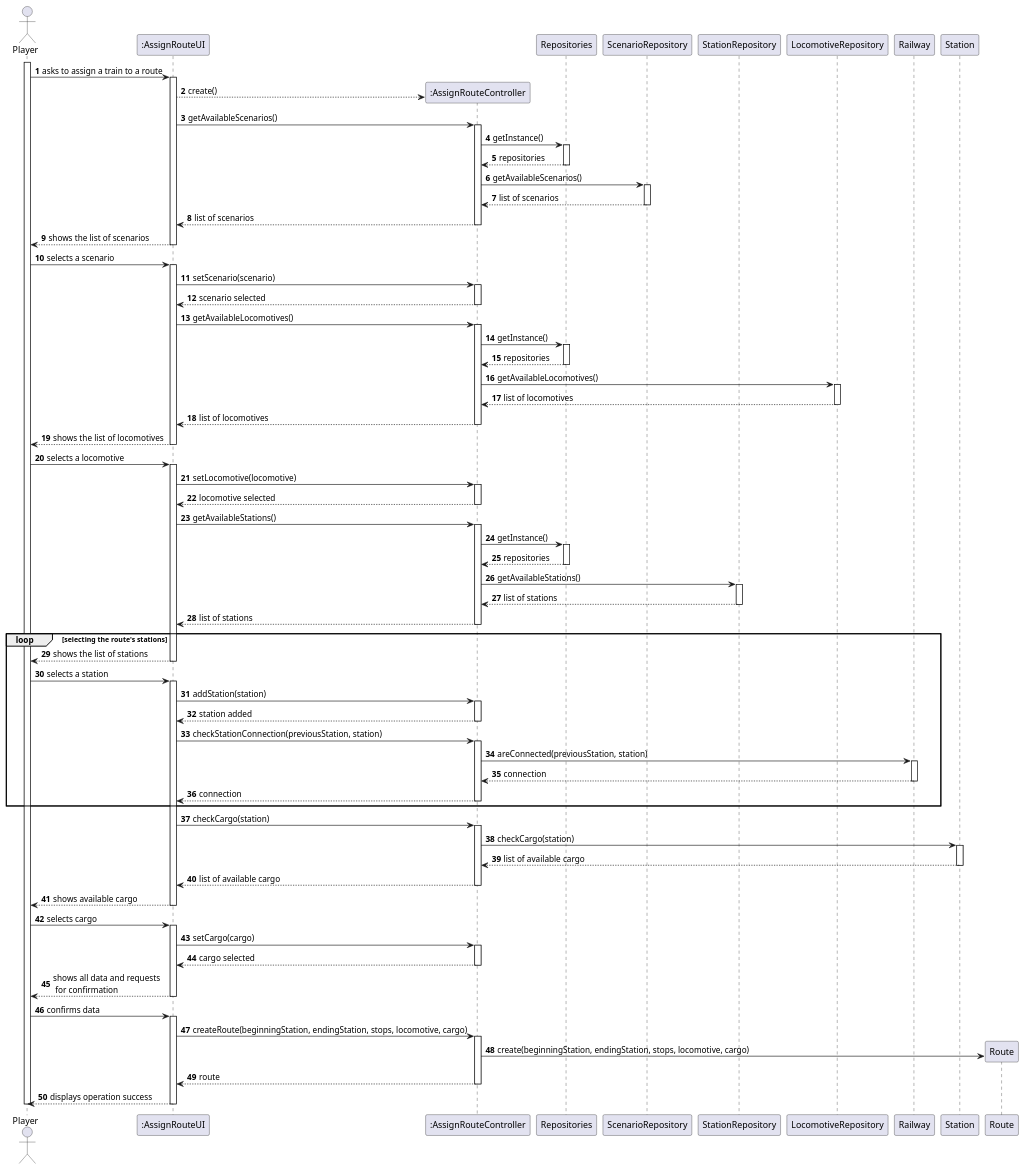
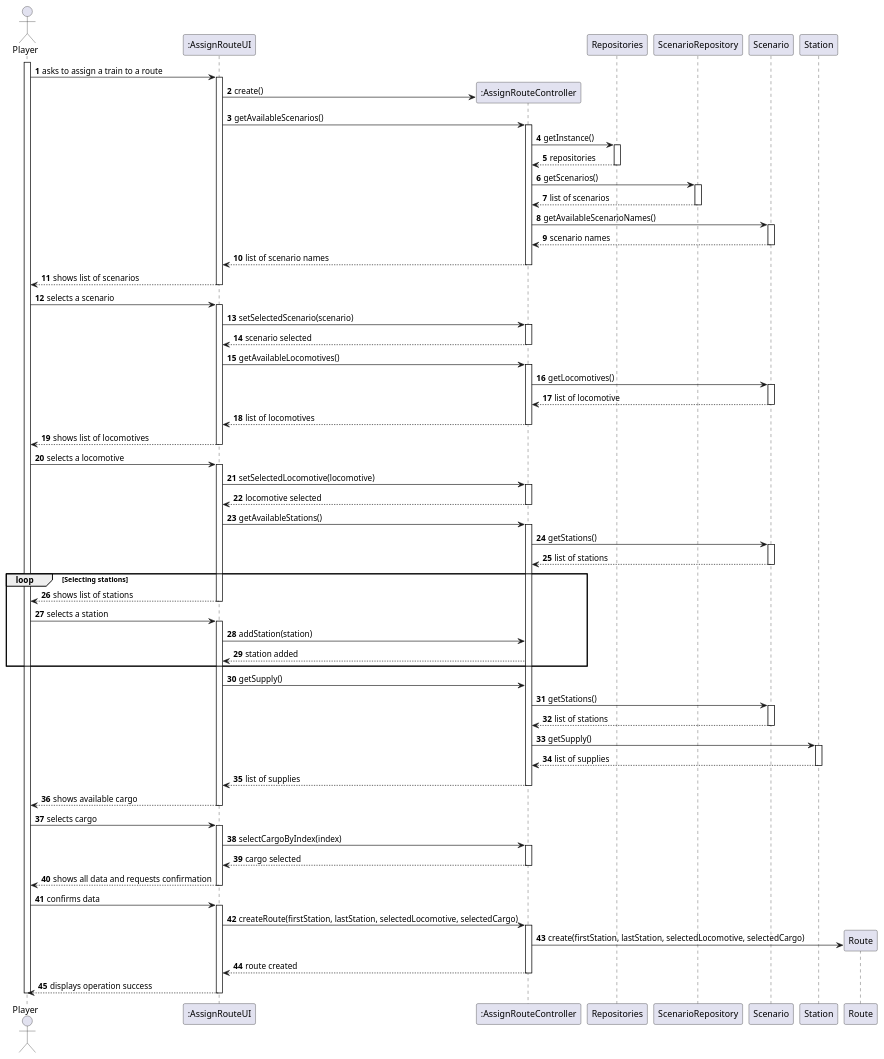
Before and after one commit to 1240935/pi2-railway-simulator: the diagram in Sprint2/US010/03.design/puml/US010-SD-full.puml, drawn with PlantUML. The commit also changed 7 other files, not shown here.

```diff
--- a/Sprint2/US010/03.design/puml/US010-SD-full.puml
+++ b/Sprint2/US010/03.design/puml/US010-SD-full.puml
@@ -1,184 +1,139 @@
 @startuml
-'skinparam monochrome true
 skinparam packageStyle rectangle
 skinparam shadowing false
-
 autonumber
 
- actor "Player" as PLAYER
-    participant ":AssignRouteUI" as UI
-    participant ":AssignRouteController" as CTRL
-    participant "Repositories" as REPOS
-    participant "ScenarioRepository" as SREPOS
-    participant "StationRepository" as STREPOS
-    participant "LocomotiveRepository" as LOCREPOS
-    participant "Railway" as RAILWAY
-    participant "Station" as STATION
-    participant "Route" as ROUTE
+actor "Player" as PLAYER
+participant ":AssignRouteUI" as UI
+participant ":AssignRouteController" as CTRL
+participant "Repositories" as REPOS
+participant "ScenarioRepository" as SREPOS
+participant "Scenario" as SCENARIO
+participant "Station" as STATION
+participant "Route" as ROUTE
 
-    activate PLAYER
+activate PLAYER
 
-    PLAYER -> UI : asks to assign a train to a route
+PLAYER -> UI : asks to assign a train to a route
+activate UI
+
+UI -> CTRL** : create()
+
+UI -> CTRL : getAvailableScenarios()
+activate CTRL
+
+CTRL -> REPOS : getInstance()
+activate REPOS
+REPOS --> CTRL : repositories
+deactivate REPOS
+
+CTRL -> SREPOS : getScenarios()
+activate SREPOS
+SREPOS --> CTRL : list of scenarios
+deactivate SREPOS
+
+CTRL -> SCENARIO : getAvailableScenarioNames()
+activate SCENARIO
+
+SCENARIO --> CTRL: scenario names
+deactivate SCENARIO
+CTRL --> UI : list of scenario names
+deactivate CTRL
+
+UI --> PLAYER : shows list of scenarios
+deactivate UI
+
+PLAYER -> UI : selects a scenario
+activate UI
+UI -> CTRL : setSelectedScenario(scenario)
+activate CTRL
+CTRL --> UI : scenario selected
+deactivate CTRL
+
+UI -> CTRL : getAvailableLocomotives()
+activate CTRL
+CTRL -> SCENARIO : getLocomotives()
+activate SCENARIO
+
+SCENARIO --> CTRL: list of locomotive
+deactivate SCENARIO
+CTRL --> UI : list of locomotives
+deactivate CTRL
+
+UI --> PLAYER : shows list of locomotives
+deactivate UI
+
+PLAYER -> UI : selects a locomotive
+activate UI
+UI -> CTRL : setSelectedLocomotive(locomotive)
+activate CTRL
+CTRL --> UI : locomotive selected
+deactivate CTRL
+
+UI -> CTRL : getAvailableStations()
+activate CTRL
+
+CTRL -> SCENARIO : getStations()
+
+activate SCENARIO
+
+SCENARIO --> CTRL: list of stations
+deactivate SCENARIO
+
+loop Selecting stations
+    UI --> PLAYER : shows list of stations
+    deactivate UI
+
+    PLAYER -> UI : selects a station
     activate UI
 
-    UI --> CTRL** : create()
+    UI -> CTRL : addStation(station)
 
-    UI -> CTRL : getAvailableScenarios()
-    activate CTRL
+    CTRL --> UI : station added
+end loop
 
-    CTRL -> REPOS : getInstance()
-    activate REPOS
+UI -> CTRL : getSupply()
 
-    REPOS --> CTRL: repositories
+CTRL -> SCENARIO : getStations()
 
-    deactivate REPOS
+activate SCENARIO
 
-    CTRL -> SREPOS : getAvailableScenarios()
-    activate SREPOS
+SCENARIO --> CTRL: list of stations
+deactivate SCENARIO
+CTRL -> STATION: getSupply()
 
-    SREPOS --> CTRL : list of scenarios
+activate STATION
 
-    deactivate SREPOS
-    CTRL --> UI : list of scenarios
-    deactivate CTRL
+STATION --> CTRL: list of supplies
+deactivate STATION
+CTRL --> UI: list of supplies
+deactivate CTRL
+UI --> PLAYER : shows available cargo
 
-    UI --> PLAYER : shows the list of scenarios
-    deactivate UI
+deactivate UI
 
-    PLAYER -> UI : selects a scenario
-    activate UI
+PLAYER -> UI : selects cargo
+activate UI
 
-    UI -> CTRL :setScenario(scenario)
+UI -> CTRL : selectCargoByIndex(index)
+activate CTRL
 
-    activate CTRL
+CTRL --> UI : cargo selected
+deactivate CTRL
 
-    CTRL --> UI : scenario selected
+UI --> PLAYER: shows all data and requests confirmation
+deactivate UI
 
-    deactivate CTRL
+PLAYER -> UI: confirms data
+activate UI
 
+UI -> CTRL : createRoute(firstStation, lastStation, selectedLocomotive, selectedCargo)
+activate CTRL
+CTRL -> ROUTE** : create(firstStation, lastStation, selectedLocomotive, selectedCargo)
+CTRL --> UI : route created
+deactivate CTRL
 
-        UI -> CTRL : getAvailableLocomotives()
-        activate CTRL
-
-        CTRL -> REPOS : getInstance()
-        activate REPOS
-
-        REPOS --> CTRL: repositories
-
-        deactivate REPOS
-
-        CTRL -> LOCREPOS : getAvailableLocomotives()
-        activate LOCREPOS
-
-        LOCREPOS --> CTRL : list of locomotives
-        deactivate LOCREPOS
-        CTRL --> UI : list of locomotives
-        deactivate CTRL
-
-        UI --> PLAYER : shows the list of locomotives
-        deactivate UI
-
-        PLAYER -> UI : selects a locomotive
-        activate UI
-
-        UI -> CTRL :setLocomotive(locomotive)
-
-        activate CTRL
-
-        CTRL --> UI : locomotive selected
-
-        deactivate CTRL
-
-        UI -> CTRL : getAvailableStations()
-                activate CTRL
-
-                CTRL -> REPOS : getInstance()
-                activate REPOS
-
-                REPOS --> CTRL: repositories
-
-                deactivate REPOS
-
-                CTRL -> STREPOS : getAvailableStations()
-                activate STREPOS
-
-                STREPOS --> CTRL : list of stations
-
-                deactivate STREPOS
-                CTRL --> UI : list of stations
-                deactivate CTRL
-
-                loop selecting the route's stations
-
-                UI --> PLAYER : shows the list of stations
-                deactivate UI
-
-                PLAYER -> UI : selects a station
-                activate UI
-
-                UI -> CTRL : addStation(station)
-
-                activate CTRL
-
-                CTRL --> UI : station added
-
-                deactivate CTRL
-
-                UI -> CTRL : checkStationConnection(previousStation, station)
-                   activate CTRL
-
-                       CTRL -> RAILWAY : areConnected(previousStation, station)
-
-                       activate RAILWAY
-
-                           RAILWAY --> CTRL : connection
-                       deactivate RAILWAY
-
-                   CTRL --> UI : connection
-                   deactivate CTRL
-                end loop
-
-                UI -> CTRL : checkCargo(station)
-                activate CTRL
-
-                CTRL -> STATION: checkCargo(station)
-                activate STATION
-
-                STATION --> CTRL : list of available cargo
-                deactivate STATION
-
-                CTRL --> UI : list of available cargo
-                deactivate CTRL
-
-
-                UI --> PLAYER : shows available cargo
-                deactivate UI
-
-
-                PLAYER -> UI : selects cargo
-                activate UI
-
-                UI -> CTRL : setCargo(cargo)
-                activate CTRL
-
-                CTRL --> UI : cargo selected
-                deactivate CTRL
-
-    UI --> PLAYER: shows all data and requests \n for confirmation
-    deactivate UI
-
-    PLAYER -> UI: confirms data
-    activate UI
-
-    UI -> CTRL : createRoute(beginningStation, endingStation, stops, locomotive, cargo)
-    activate CTRL
-
-    CTRL -> ROUTE** : create(beginningStation, endingStation, stops, locomotive, cargo)
-
-    CTRL --> UI : route
-    deactivate CTRL
-
-    UI --> PLAYER : displays operation success
-    deactivate UI
-    deactivate PLAYER
+UI --> PLAYER : displays operation success
+deactivate UI
+deactivate PLAYER
 @enduml
```
